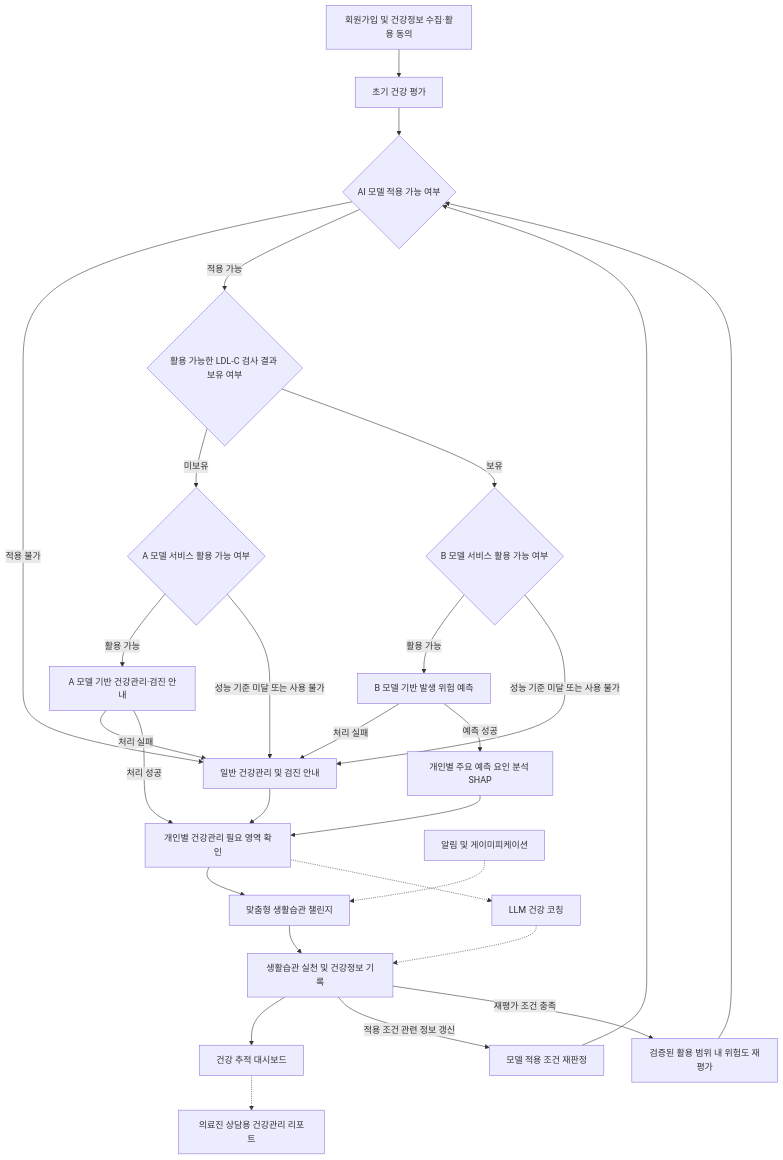
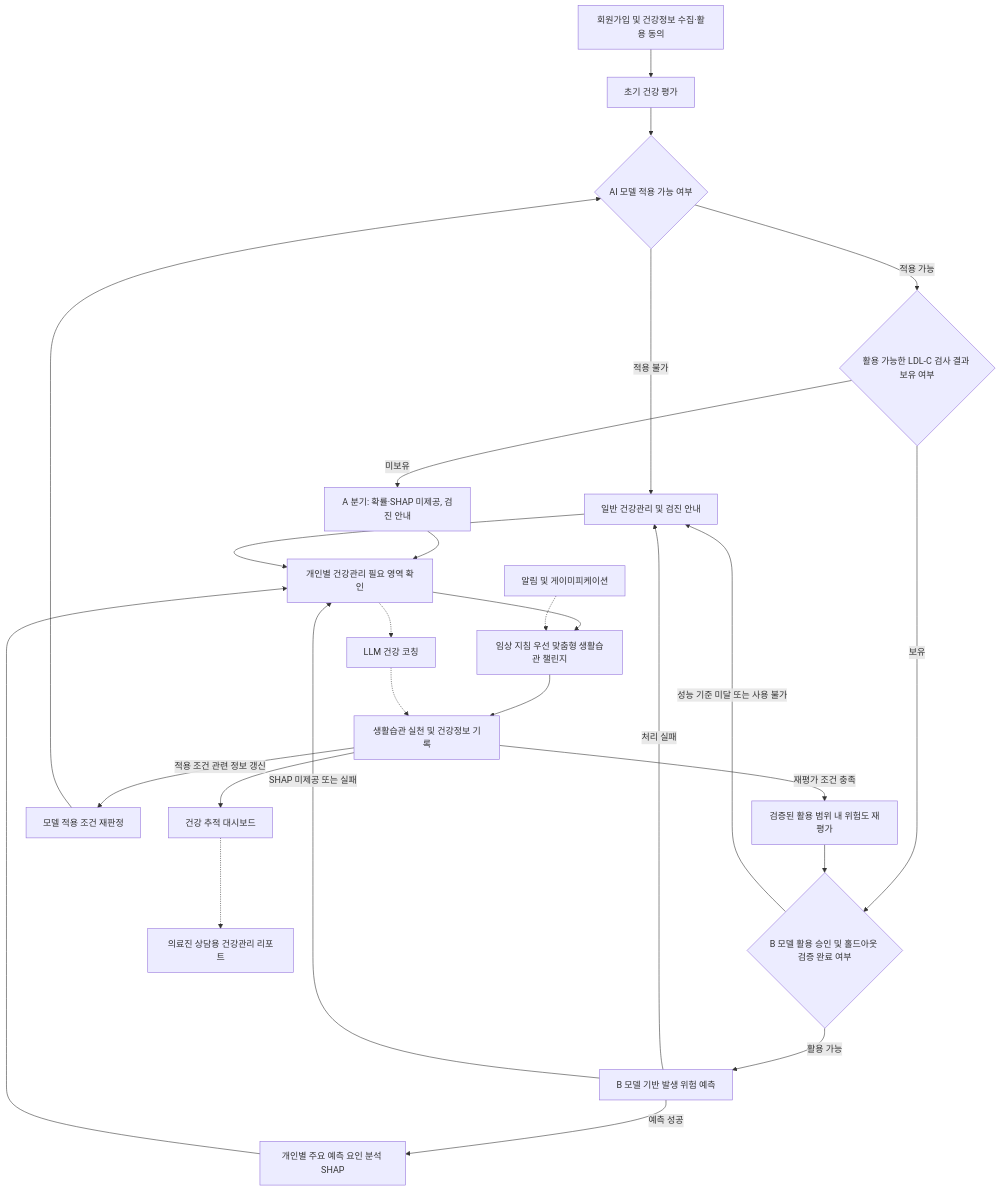
Before and after one commit to AI-HealthCare-07/welloop: the first of 2 diagrams in docs/planning/WELLOOP_요구사항정의서_v2.0.md, drawn with Mermaid. The commit also changed other lines of this file, not shown here.

````diff
--- a/docs/planning/WELLOOP_요구사항정의서_v2.0.md
+++ b/docs/planning/WELLOOP_요구사항정의서_v2.0.md
@@ -205,44 +208,28 @@
 ```mermaid
 flowchart TD
     AUTH["회원가입 및 건강정보 수집·활용 동의"] --> A["초기 건강 평가"]
-
     A --> B{"AI 모델 적용 가능 여부"}
-
     B -->|적용 불가| F["일반 건강관리 및 검진 안내"]
     B -->|적용 가능| C{"활용 가능한 LDL-C 검사 결과 보유 여부"}
-
-    C -->|미보유| A1{"A 모델 서비스 활용 가능 여부"}
-    C -->|보유| B1{"B 모델 서비스 활용 가능 여부"}
-
-    A1 -->|활용 가능| D["A 모델 기반 건강관리·검진 안내"]
-    A1 -->|성능 기준 미달 또는 사용 불가| F
-
+    C -->|미보유| D["A 분기: 확률·SHAP 미제공, 검진 안내"]
+    C -->|보유| B1{"B 모델 활용 승인 및 홀드아웃 검증 완료 여부"}
     B1 -->|활용 가능| E["B 모델 기반 발생 위험 예측"]
     B1 -->|성능 기준 미달 또는 사용 불가| F
-
-    D -->|처리 실패| F
     E -->|처리 실패| F
-
     E -->|예측 성공| H["개인별 주요 예측 요인 분석 SHAP"]
-
-    D -->|처리 성공| G["개인별 건강관리 필요 영역 확인"]
+    D --> G["개인별 건강관리 필요 영역 확인"]
     H --> G
+    E -->|SHAP 미제공 또는 실패| G
     F --> G
-
-    G --> I["맞춤형 생활습관 챌린지"]
+    G --> I["임상 지침 우선 맞춤형 생활습관 챌린지"]
     G -.-> J["LLM 건강 코칭"]
-
     I --> K["생활습관 실천 및 건강정보 기록"]
     J -.-> K
-
     L["알림 및 게이미피케이션"] -.-> I
-
     K --> M["건강 추적 대시보드"]
     M -.-> N["의료진 상담용 건강관리 리포트"]
-
     K -->|적용 조건 관련 정보 갱신| O["모델 적용 조건 재판정"]
     O --> B
-
     K -->|재평가 조건 충족| P["검증된 활용 범위 내 위험도 재평가"]
-    P --> B
+    P --> B1
 ```
````
